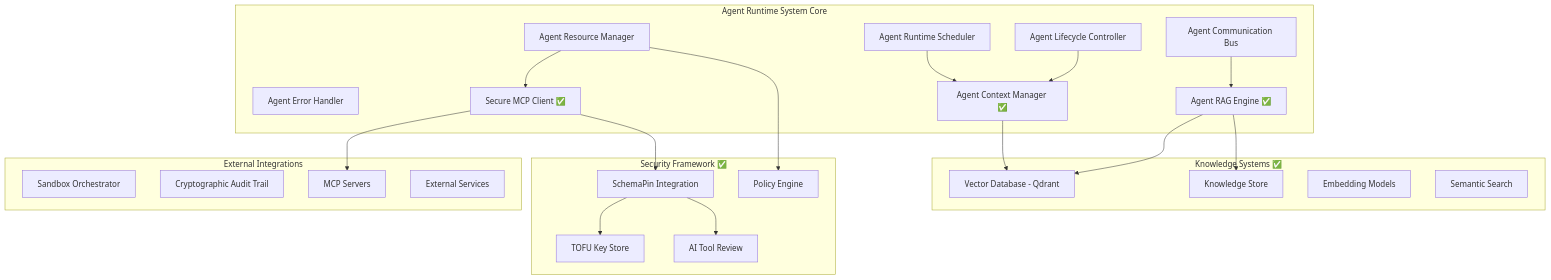
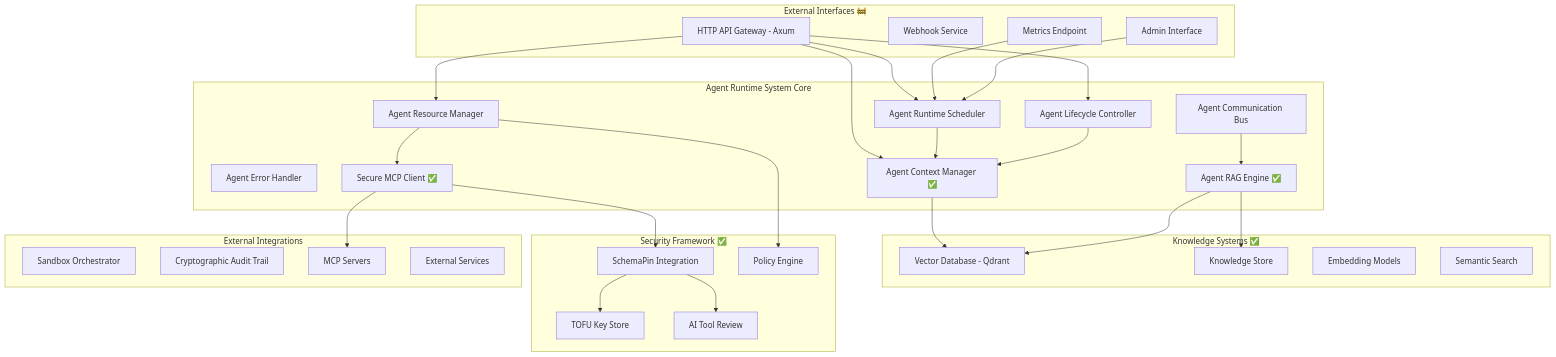
The first of 2 diagrams in IMPLEMENTATION_PLAN_EXTENDED.md (ThirdKeyAI/Symbiont), drawn with Mermaid before and after one commit. The commit also changed other lines of this file and 8 other files, not shown here.

First line of the commit message:
Add HTTP API implementation

````diff
--- a/IMPLEMENTATION_PLAN_EXTENDED.md
+++ b/IMPLEMENTATION_PLAN_EXTENDED.md
@@ -262,48 +262,62 @@
 ```mermaid
 graph TB
+    subgraph "External Interfaces 🚧"
+        API[HTTP API Gateway - Axum]
+        WH[Webhook Service]
+        METRICS[Metrics Endpoint]
+        ADMIN[Admin Interface]
+    end
+    
     subgraph "Agent Runtime System Core"
         ARS[Agent Runtime Scheduler]
         ALC[Agent Lifecycle Controller]
         ARM[Agent Resource Manager]
         ACB[Agent Communication Bus]
         AEH[Agent Error Handler]
         ACM[Agent Context Manager ✅]
         ARAG[Agent RAG Engine ✅]
         AMCP[Secure MCP Client ✅]
     end
     
     subgraph "Knowledge Systems ✅"
         VDB[Vector Database - Qdrant]
         KS[Knowledge Store]
         EM[Embedding Models]
         SS[Semantic Search]
     end
     
     subgraph "Security Framework ✅"
         SP[SchemaPin Integration]
         TKS[TOFU Key Store]
         AIR[AI Tool Review]
         PE[Policy Engine]
     end
     
     subgraph "External Integrations"
         SO[Sandbox Orchestrator]
         CAT[Cryptographic Audit Trail]
         MCP[MCP Servers]
         ES[External Services]
     end
     
+    API --> ARS
+    API --> ALC
+    API --> ARM
+    API --> ACM
+    METRICS --> ARS
+    ADMIN --> ARS
+    
     ACM --> VDB
     ARAG --> VDB
     ARAG --> KS
     AMCP --> MCP
     AMCP --> SP
     SP --> TKS
     SP --> AIR
     ARM --> PE
     
     ARS --> ACM
     ALC --> ACM
     ACB --> ARAG
     ARM --> AMCP
 ```
````
